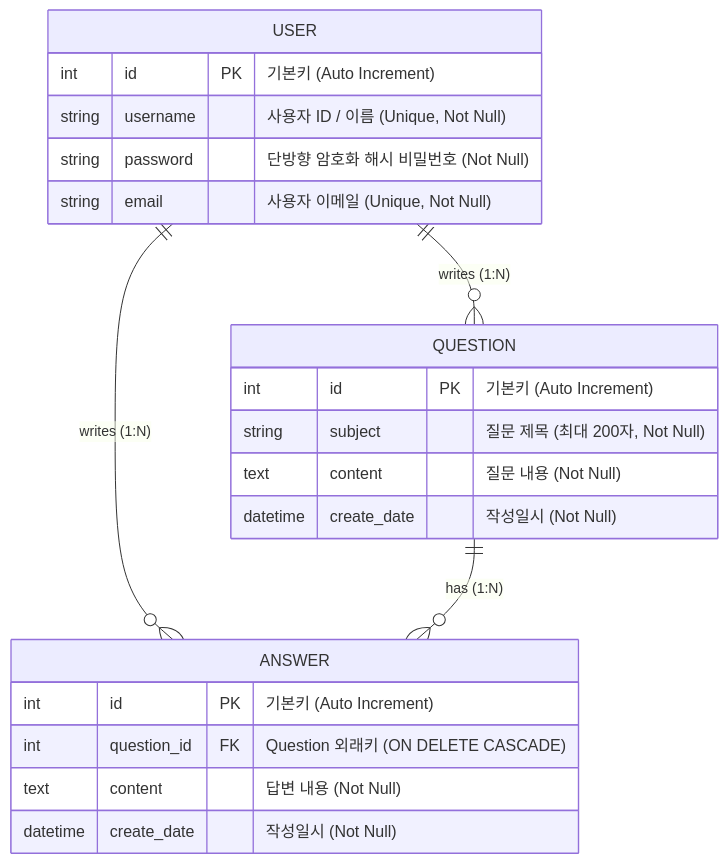
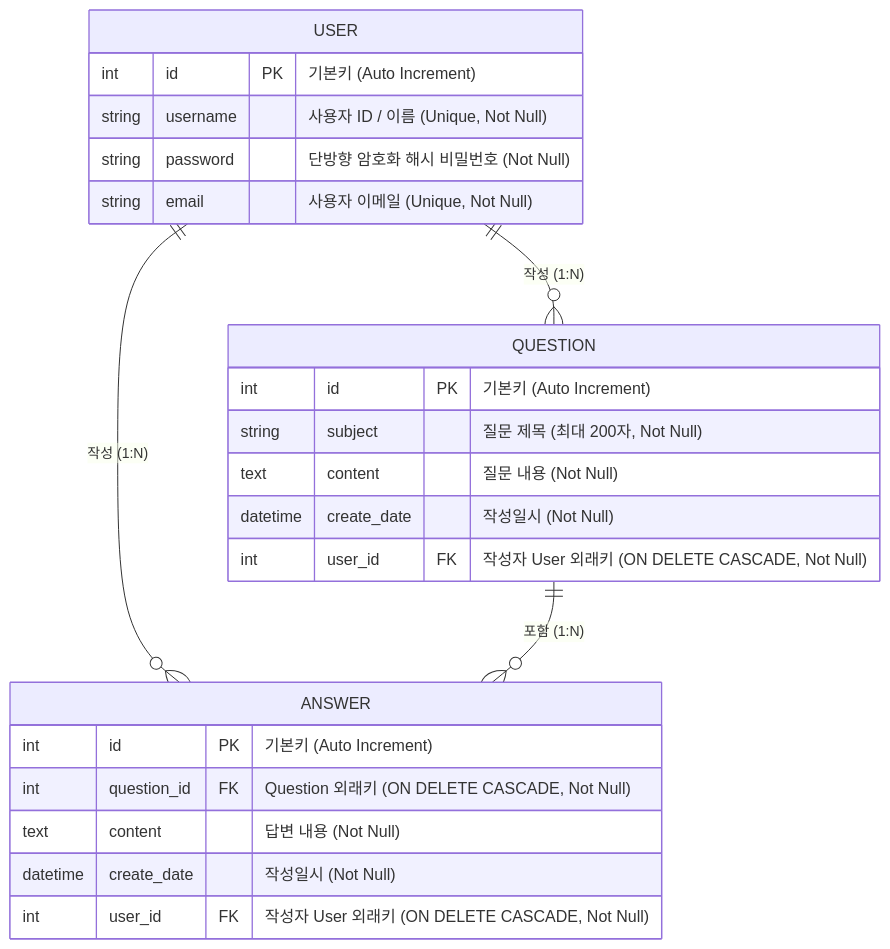
One commit to hongdonjoo70/flask-pybo changed the diagram in README.md. Above: the diagram before and after it, drawn with Mermaid. The commit also changed other lines of this file, not shown here.

````diff
--- a/README.md
+++ b/README.md
@@ -103,27 +89,29 @@
 ```mermaid
 erDiagram
-    USER ||--o{ QUESTION : "writes (1:N)"
-    USER ||--o{ ANSWER : "writes (1:N)"
-    QUESTION ||--o{ ANSWER : "has (1:N)"
+    USER ||--o{ QUESTION : "작성 (1:N)"
+    USER ||--o{ ANSWER : "작성 (1:N)"
+    QUESTION ||--o{ ANSWER : "포함 (1:N)"
     
     USER {
         int id PK "기본키 (Auto Increment)"
         string username "사용자 ID / 이름 (Unique, Not Null)"
         string password "단방향 암호화 해시 비밀번호 (Not Null)"
         string email "사용자 이메일 (Unique, Not Null)"
     }
 
     QUESTION {
         int id PK "기본키 (Auto Increment)"
         string subject "질문 제목 (최대 200자, Not Null)"
         text content "질문 내용 (Not Null)"
         datetime create_date "작성일시 (Not Null)"
+        int user_id FK "작성자 User 외래키 (ON DELETE CASCADE, Not Null)"
     }
     
     ANSWER {
         int id PK "기본키 (Auto Increment)"
-        int question_id FK "Question 외래키 (ON DELETE CASCADE)"
+        int question_id FK "Question 외래키 (ON DELETE CASCADE, Not Null)"
         text content "답변 내용 (Not Null)"
         datetime create_date "작성일시 (Not Null)"
+        int user_id FK "작성자 User 외래키 (ON DELETE CASCADE, Not Null)"
     }
 ```
````
